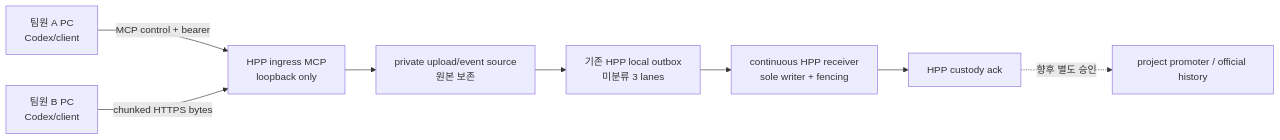
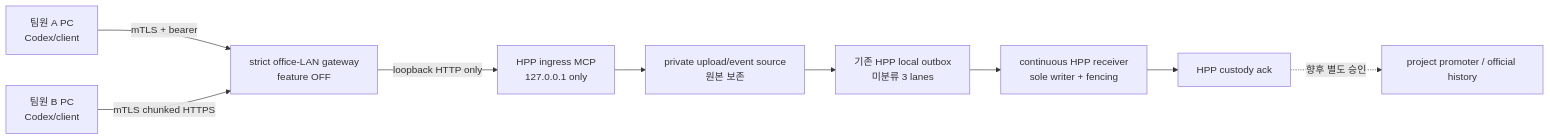
The diagram in ui-workspace/apps/dev-erp/docs/slices/INGRESS-MCP-V1.md (SungYongMOON/soulforge), drawn with Mermaid before and after one commit. The commit also changed other lines of this file and 25 other files, not shown here.

Commit message:
feat: 사내망 mTLS ingress 카나리 기반 추가 (codex_gpt-5)

````diff
--- a/ui-workspace/apps/dev-erp/docs/slices/INGRESS-MCP-V1.md
+++ b/ui-workspace/apps/dev-erp/docs/slices/INGRESS-MCP-V1.md
@@ -15,10 +15,11 @@
 ```mermaid
 flowchart LR
-  C1["팀원 A PC\nCodex/client"] -->|"MCP control + bearer"| M["HPP ingress MCP\nloopback only"]
-  C2["팀원 B PC\nCodex/client"] -->|"chunked HTTPS bytes"| M
+  C1["팀원 A PC\nCodex/client"] -->|"mTLS + bearer"| G["strict office-LAN gateway\nfeature OFF"]
+  C2["팀원 B PC\nCodex/client"] -->|"mTLS chunked HTTPS"| G
+  G -->|"loopback HTTP only"| M["HPP ingress MCP\n127.0.0.1 only"]
   M --> S["private upload/event source\n원본 보존"]
   S --> O["기존 HPP local outbox\n미분류 3 lanes"]
   O --> R["continuous HPP receiver\nsole writer + fencing"]
   R --> A["HPP custody ack"]
   A -.->|"향후 별도 승인"| P["project promoter / official history"]
 ```
````
